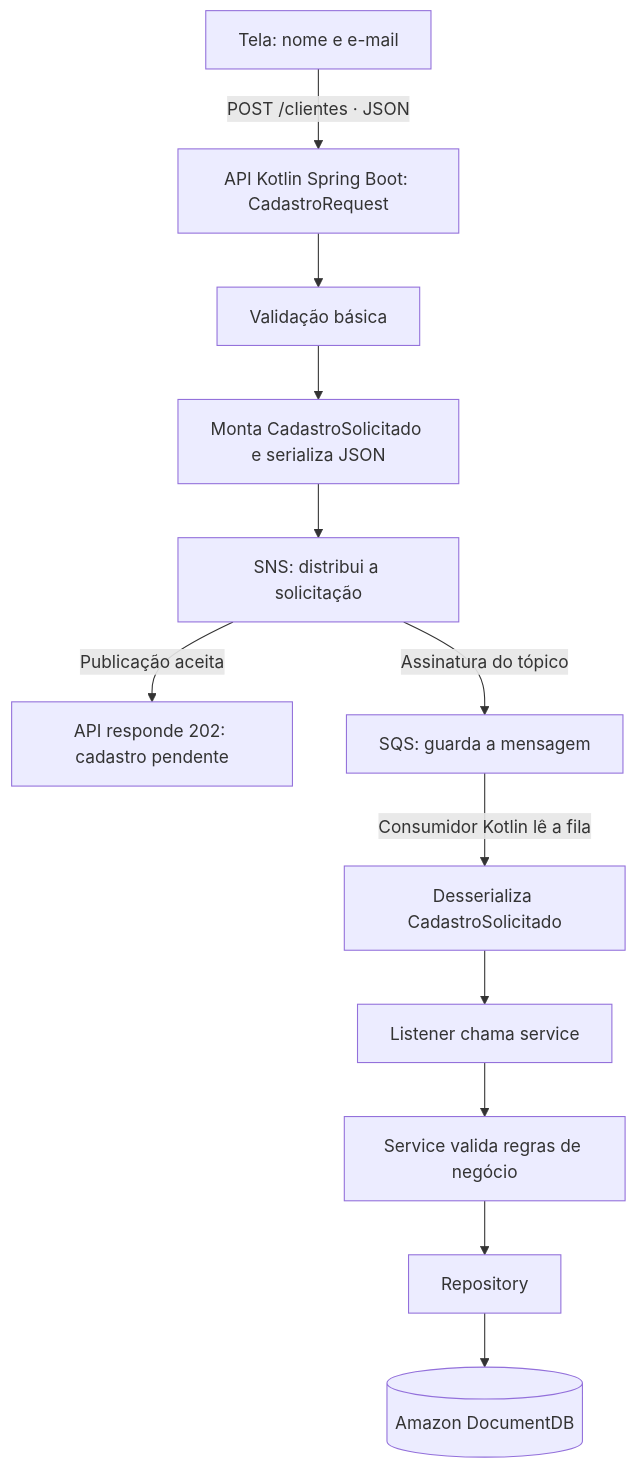
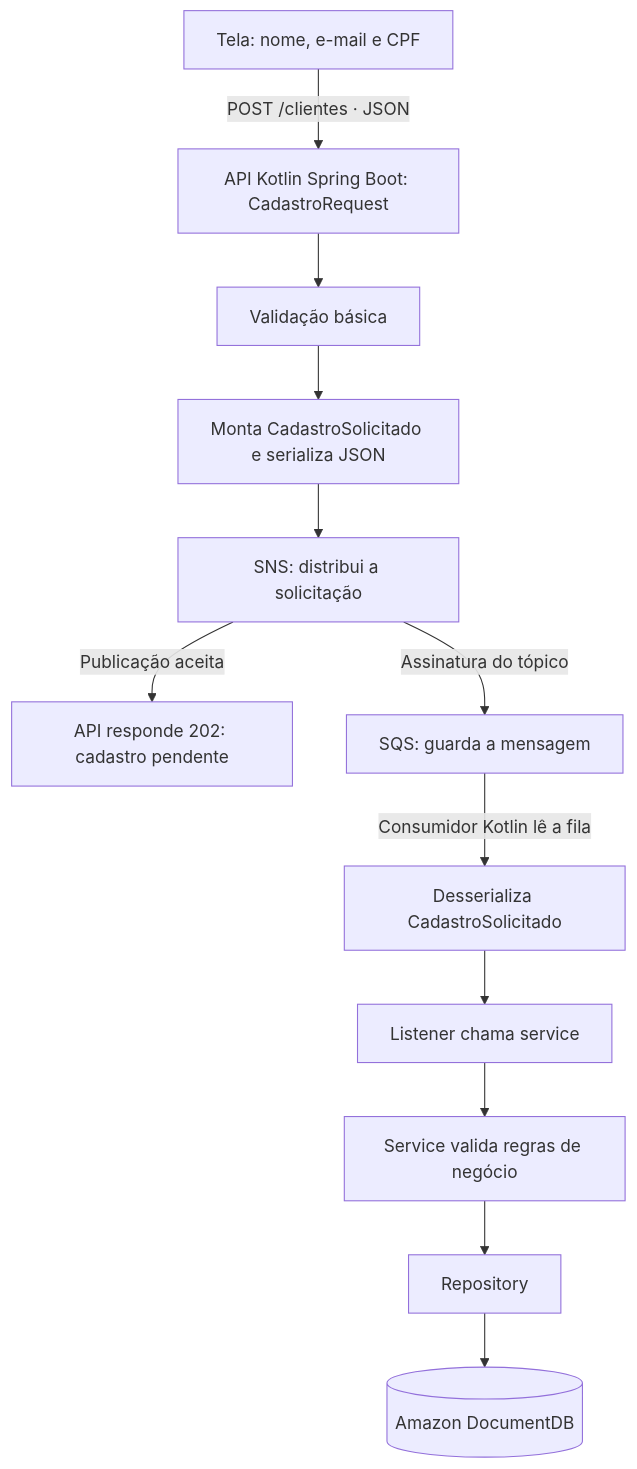
Before and after one commit to fabiojfadsg/kotlin-api-sns-sqs-documentdb-lab: the diagram in docs/fluxo.mmd, drawn with Mermaid. The commit also changed 27 other files, not shown here.

```diff
--- a/docs/fluxo.mmd
+++ b/docs/fluxo.mmd
@@ -1,12 +1,12 @@
 flowchart TD
-    T["Tela: nome e e-mail"] -->|"POST /clientes · JSON"| A["API Kotlin Spring Boot: CadastroRequest"]
+    T["Tela: nome, e-mail e CPF"] -->|"POST /clientes · JSON"| A["API Kotlin Spring Boot: CadastroRequest"]
     A --> V["Validação básica"]
     V --> E["Monta CadastroSolicitado e serializa JSON"]
     E --> SNS["SNS: distribui a solicitação"]
     SNS -->|"Publicação aceita"| R["API responde 202: cadastro pendente"]
     SNS -->|"Assinatura do tópico"| SQS["SQS: guarda a mensagem"]
     SQS -->|"Consumidor Kotlin lê a fila"| C["Desserializa CadastroSolicitado"]
     C --> L["Listener chama service"]
     L --> S["Service valida regras de negócio"]
     S --> RE["Repository"]
     RE --> DB[("Amazon DocumentDB")]
```
